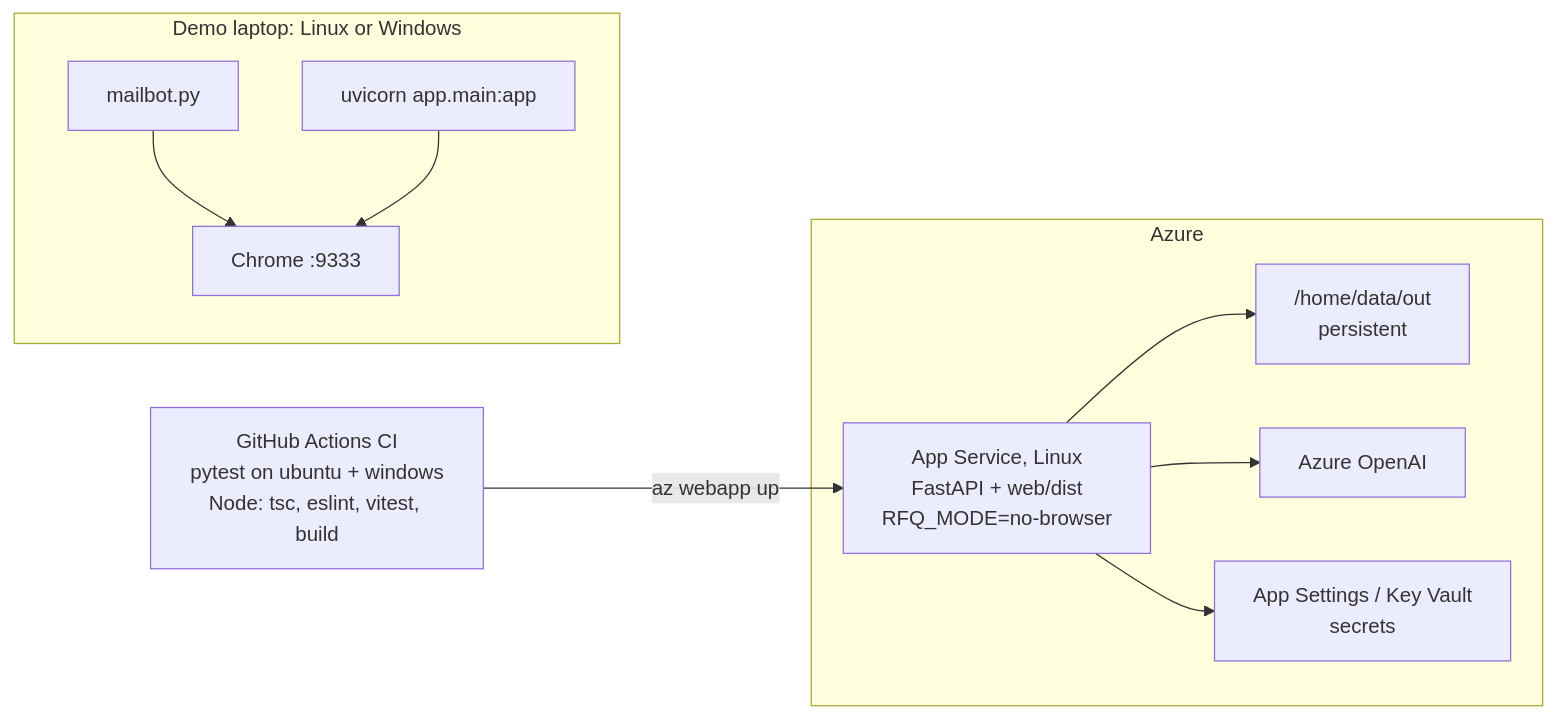
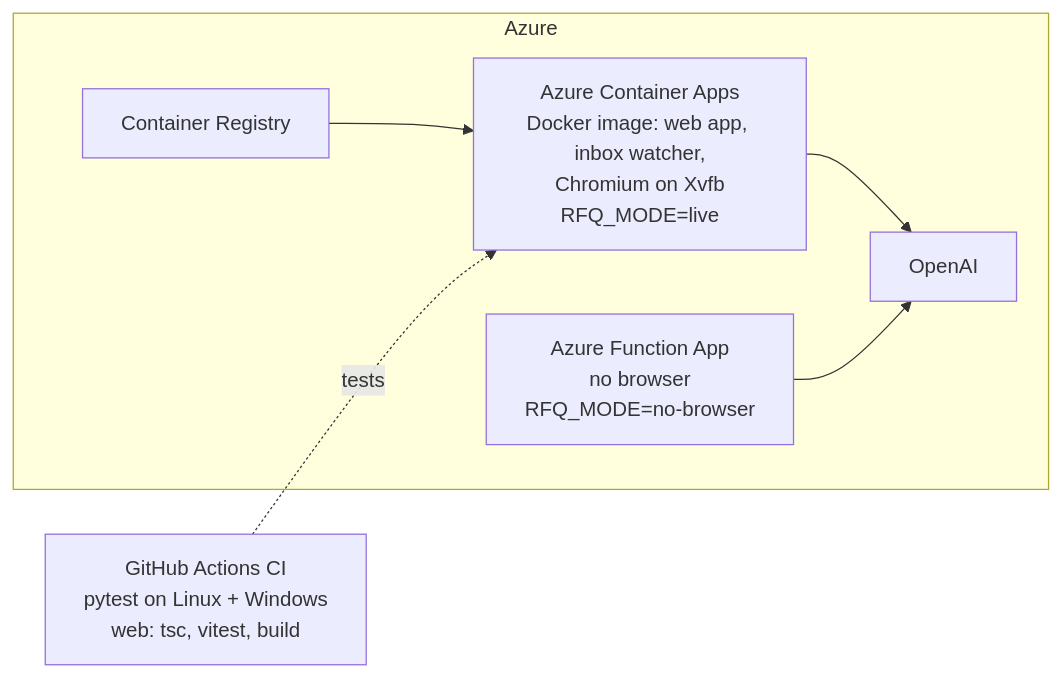
Before and after one commit to Prajwaljb/AutoRFQ: the tenth of 10 diagrams in document.md, drawn with Mermaid. The commit also changed other lines of this file and 14 other files, not shown here.

````diff
--- a/document.md
+++ b/document.md
@@ -493,22 +502,14 @@
 ```mermaid
 flowchart LR
-    subgraph Laptop["Demo laptop: Linux or Windows"]
-        CH["Chrome :9333"]
-        MBL["mailbot.py"]
-        APPL["uvicorn app.main:app"]
+    subgraph Azure
+        CA["Azure Container Apps<br/>Docker image: web app, inbox watcher,<br/>Chromium on Xvfb<br/>RFQ_MODE=live"]
+        FA["Azure Function App<br/>no browser<br/>RFQ_MODE=no-browser"]
+        ACR["Container Registry"]
+        OAI["OpenAI"]
     end
-    subgraph Azure
-        AS["App Service, Linux<br/>FastAPI + web/dist<br/>RFQ_MODE=no-browser"]
-        ST["/home/data/out<br/>persistent"]
-        AO["Azure OpenAI"]
-        KV["App Settings / Key Vault<br/>secrets"]
-    end
-    GH["GitHub Actions CI<br/>pytest on ubuntu + windows<br/>Node: tsc, eslint, vitest, build"]
-
-    MBL --> CH
-    APPL --> CH
-    AS --> ST
-    AS --> AO
-    AS --> KV
-    GH -->|az webapp up| AS
+    GH["GitHub Actions CI<br/>pytest on Linux + Windows<br/>web: tsc, vitest, build"]
+    ACR --> CA
+    CA --> OAI
+    FA --> OAI
+    GH -.->|tests| CA
 ```
````
